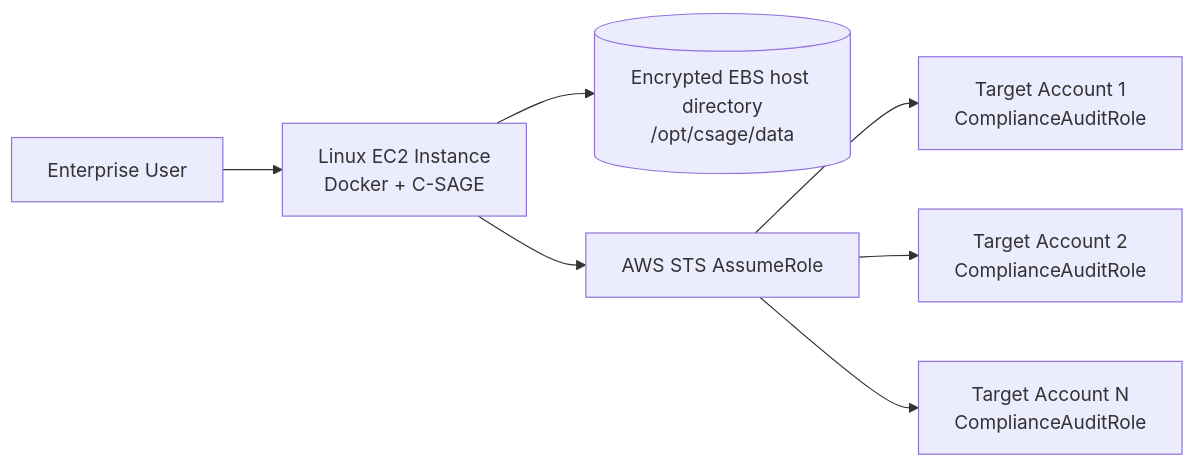
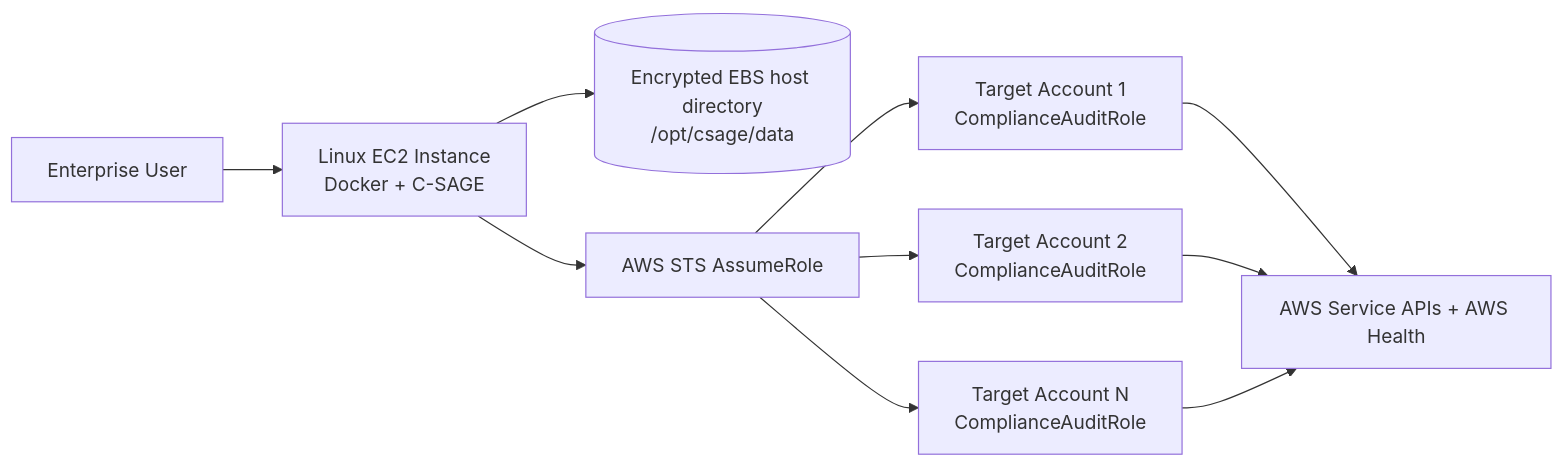
Before and after one commit to shankamal/AWS-C-SAGE: the diagram in docs/DEPLOYMENT.md, drawn with Mermaid. The commit also changed other lines of this file, not shown here.

Commit message:
Update deployment guide for AWS-native lifecycle discovery

````diff
--- a/docs/DEPLOYMENT.md
+++ b/docs/DEPLOYMENT.md
@@ -14,9 +14,12 @@
 ```mermaid
 flowchart LR
     U[Enterprise User] --> EC2[Linux EC2 Instance\nDocker + C-SAGE]
     EC2 --> DATA[(Encrypted EBS host directory\n/opt/csage/data)]
     EC2 --> STS[AWS STS AssumeRole]
     STS --> A1[Target Account 1\nComplianceAuditRole]
     STS --> A2[Target Account 2\nComplianceAuditRole]
     STS --> AN[Target Account N\nComplianceAuditRole]
+    A1 --> AWSMETA[AWS Service APIs + AWS Health]
+    A2 --> AWSMETA
+    AN --> AWSMETA
 ```
````
